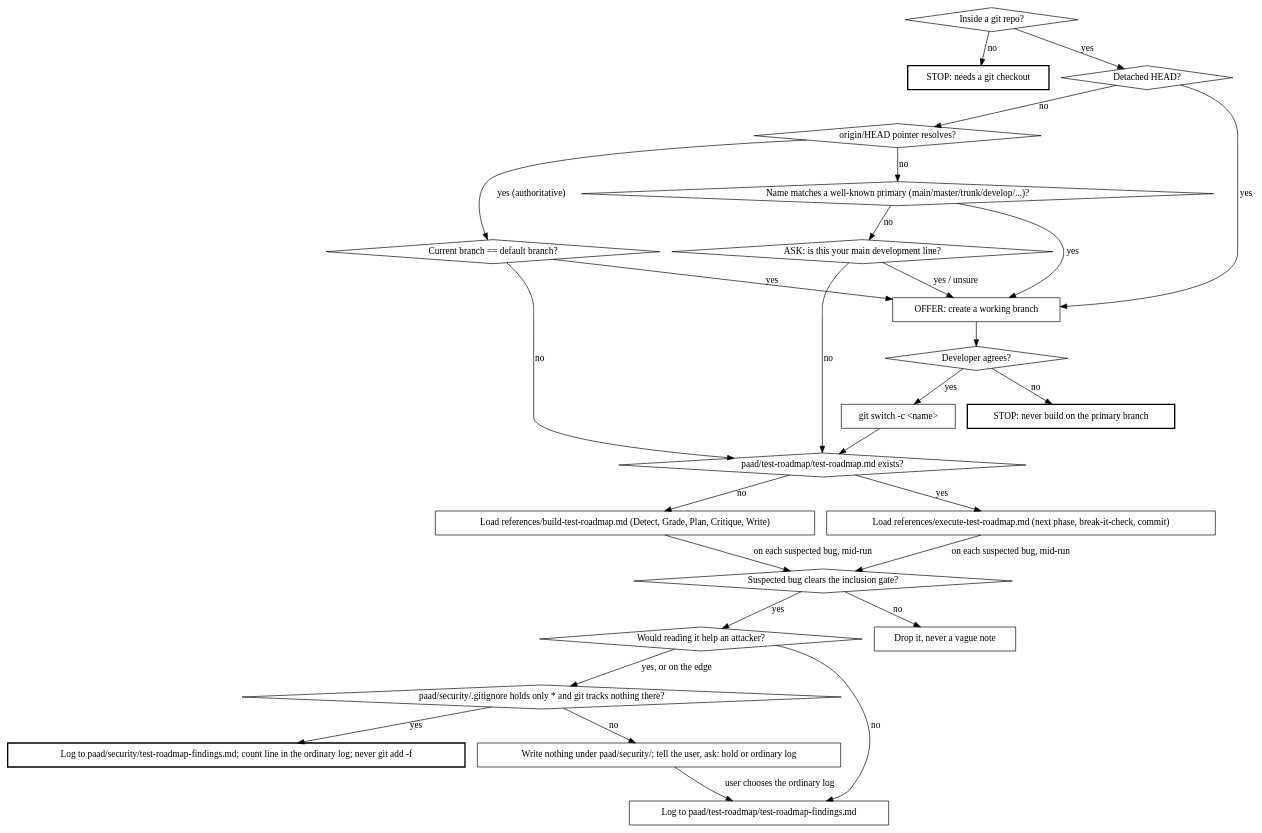
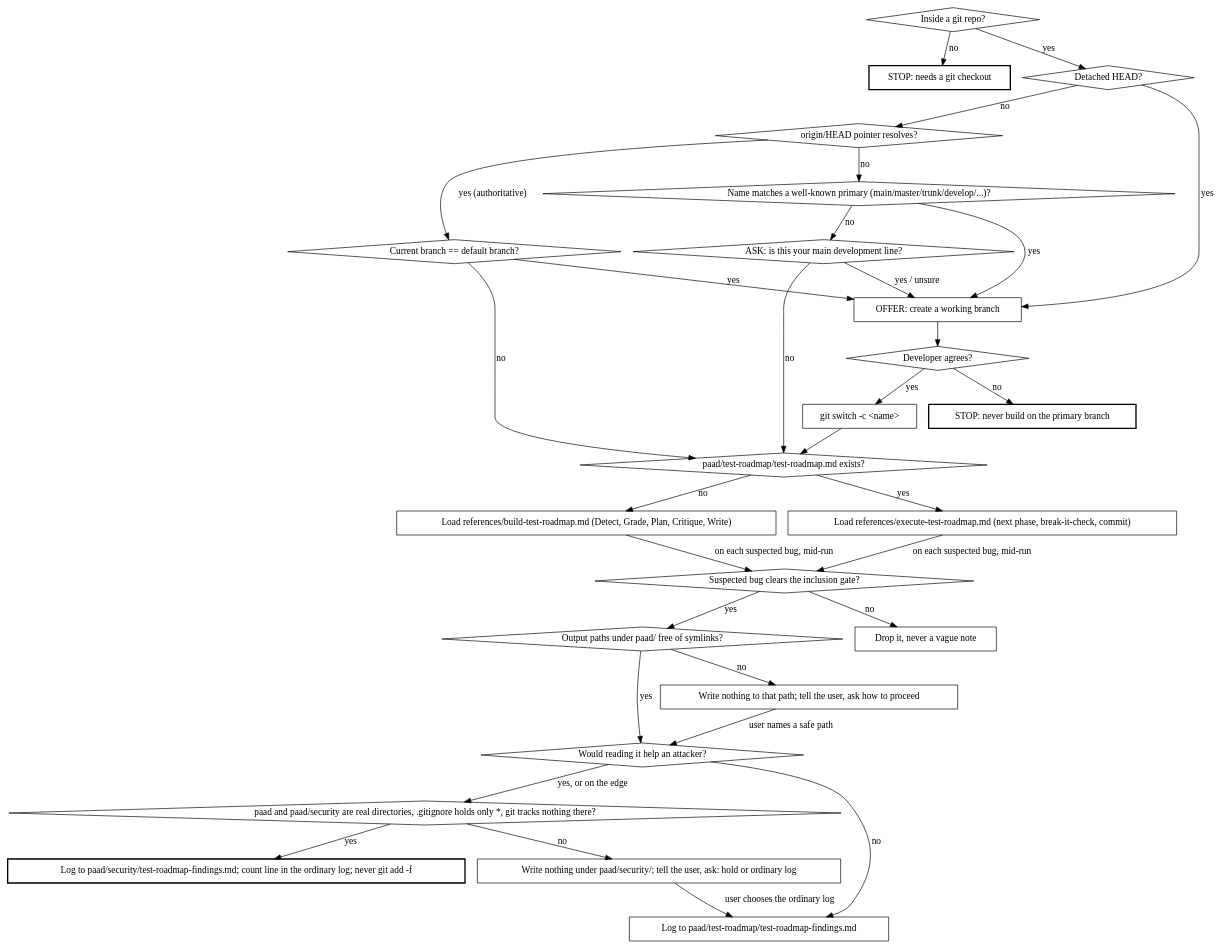
One commit to Ovid/paad changed the diagram in preview/paad/skills/test-roadmap/SKILL.md. Above: the diagram before and after it, drawn with Graphviz. The commit also changed other lines of this file and 12 other files, not shown here.

````diff
--- a/preview/paad/skills/test-roadmap/SKILL.md
+++ b/preview/paad/skills/test-roadmap/SKILL.md
@@ -34,53 +36,58 @@
 ```dot
 digraph route {
   "Inside a git repo?" [shape=diamond];
   "STOP: needs a git checkout" [shape=box, style=bold];
   "Detached HEAD?" [shape=diamond];
   "origin/HEAD pointer resolves?" [shape=diamond];
   "Current branch == default branch?" [shape=diamond];
   "Name matches a well-known primary (main/master/trunk/develop/...)?" [shape=diamond];
   "ASK: is this your main development line?" [shape=diamond];
   "OFFER: create a working branch" [shape=box];
   "Developer agrees?" [shape=diamond];
   "STOP: never build on the primary branch" [shape=box, style=bold];
   "git switch -c <name>" [shape=box];
   "paad/test-roadmap/test-roadmap.md exists?" [shape=diamond];
   "Load references/build-test-roadmap.md (Detect, Grade, Plan, Critique, Write)" [shape=box];
   "Load references/execute-test-roadmap.md (next phase, break-it-check, commit)" [shape=box];
   "Suspected bug clears the inclusion gate?" [shape=diamond];
+  "Output paths under paad/ free of symlinks?" [shape=diamond];
+  "Write nothing to that path; tell the user, ask how to proceed" [shape=box];
   "Would reading it help an attacker?" [shape=diamond];
   "Log to paad/security/test-roadmap-findings.md; count line in the ordinary log; never git add -f" [shape=box, style=bold];
-  "paad/security/.gitignore holds only * and git tracks nothing there?" [shape=diamond];
+  "paad and paad/security are real directories, .gitignore holds only *, git tracks nothing there?" [shape=diamond];
   "Write nothing under paad/security/; tell the user, ask: hold or ordinary log" [shape=box];
   "Log to paad/test-roadmap/test-roadmap-findings.md" [shape=box];
   "Drop it, never a vague note" [shape=box];
 
   "Inside a git repo?" -> "STOP: needs a git checkout" [label="no"];
   "Inside a git repo?" -> "Detached HEAD?" [label="yes"];
   "Detached HEAD?" -> "OFFER: create a working branch" [label="yes"];
   "Detached HEAD?" -> "origin/HEAD pointer resolves?" [label="no"];
   "origin/HEAD pointer resolves?" -> "Current branch == default branch?" [label="yes (authoritative)"];
   "origin/HEAD pointer resolves?" -> "Name matches a well-known primary (main/master/trunk/develop/...)?" [label="no"];
   "Current branch == default branch?" -> "OFFER: create a working branch" [label="yes"];
   "Current branch == default branch?" -> "paad/test-roadmap/test-roadmap.md exists?" [label="no"];
   "Name matches a well-known primary (main/master/trunk/develop/...)?" -> "OFFER: create a working branch" [label="yes"];
   "Name matches a well-known primary (main/master/trunk/develop/...)?" -> "ASK: is this your main development line?" [label="no"];
   "ASK: is this your main development line?" -> "OFFER: create a working branch" [label="yes / unsure"];
   "ASK: is this your main development line?" -> "paad/test-roadmap/test-roadmap.md exists?" [label="no"];
   "OFFER: create a working branch" -> "Developer agrees?";
   "Developer agrees?" -> "STOP: never build on the primary branch" [label="no"];
   "Developer agrees?" -> "git switch -c <name>" [label="yes"];
   "git switch -c <name>" -> "paad/test-roadmap/test-roadmap.md exists?";
   "paad/test-roadmap/test-roadmap.md exists?" -> "Load references/execute-test-roadmap.md (next phase, break-it-check, commit)" [label="yes"];
   "paad/test-roadmap/test-roadmap.md exists?" -> "Load references/build-test-roadmap.md (Detect, Grade, Plan, Critique, Write)" [label="no"];
   "Load references/execute-test-roadmap.md (next phase, break-it-check, commit)" -> "Suspected bug clears the inclusion gate?" [label="on each suspected bug, mid-run"];
   "Load references/build-test-roadmap.md (Detect, Grade, Plan, Critique, Write)" -> "Suspected bug clears the inclusion gate?" [label="on each suspected bug, mid-run"];
   "Suspected bug clears the inclusion gate?" -> "Drop it, never a vague note" [label="no"];
-  "Suspected bug clears the inclusion gate?" -> "Would reading it help an attacker?" [label="yes"];
-  "Would reading it help an attacker?" -> "paad/security/.gitignore holds only * and git tracks nothing there?" [label="yes, or on the edge"];
-  "paad/security/.gitignore holds only * and git tracks nothing there?" -> "Log to paad/security/test-roadmap-findings.md; count line in the ordinary log; never git add -f" [label="yes"];
-  "paad/security/.gitignore holds only * and git tracks nothing there?" -> "Write nothing under paad/security/; tell the user, ask: hold or ordinary log" [label="no"];
+  "Suspected bug clears the inclusion gate?" -> "Output paths under paad/ free of symlinks?" [label="yes"];
+  "Would reading it help an attacker?" -> "paad and paad/security are real directories, .gitignore holds only *, git tracks nothing there?" [label="yes, or on the edge"];
+  "paad and paad/security are real directories, .gitignore holds only *, git tracks nothing there?" -> "Log to paad/security/test-roadmap-findings.md; count line in the ordinary log; never git add -f" [label="yes"];
+  "paad and paad/security are real directories, .gitignore holds only *, git tracks nothing there?" -> "Write nothing under paad/security/; tell the user, ask: hold or ordinary log" [label="no"];
   "Would reading it help an attacker?" -> "Log to paad/test-roadmap/test-roadmap-findings.md" [label="no"];
   "Write nothing under paad/security/; tell the user, ask: hold or ordinary log" -> "Log to paad/test-roadmap/test-roadmap-findings.md" [label="user chooses the ordinary log"];
+  "Output paths under paad/ free of symlinks?" -> "Would reading it help an attacker?" [label="yes"];
+  "Output paths under paad/ free of symlinks?" -> "Write nothing to that path; tell the user, ask how to proceed" [label="no"];
+  "Write nothing to that path; tell the user, ask how to proceed" -> "Would reading it help an attacker?" [label="user names a safe path"];
 }
 ```
````
